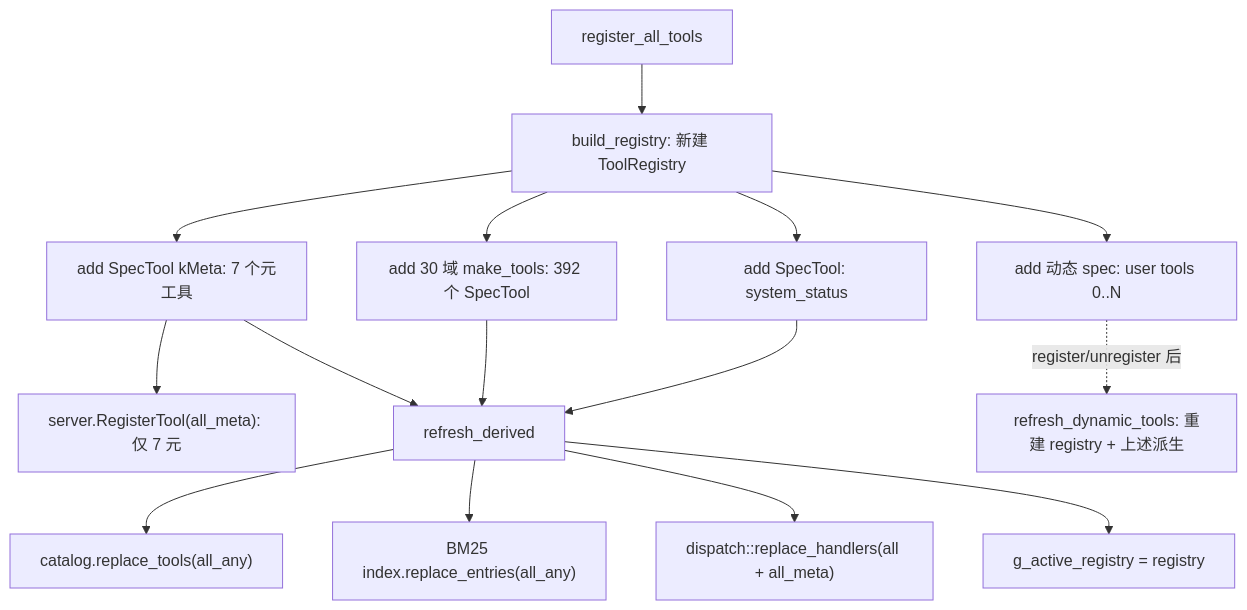
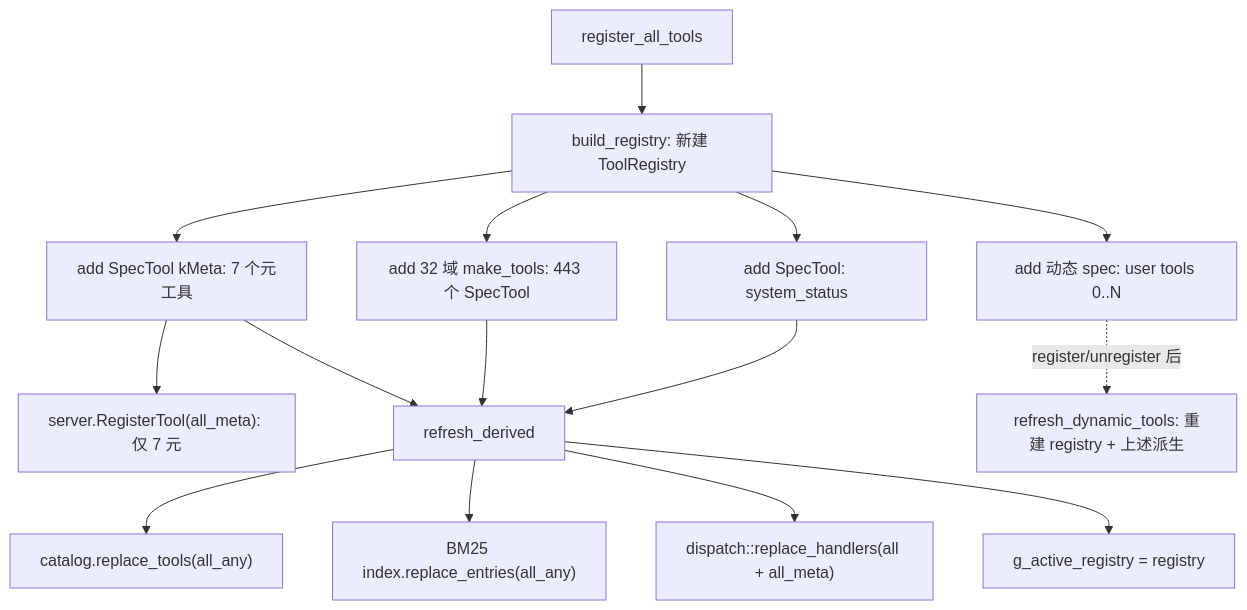
The diagram in docs/wiki/modules/tools_registry.md (jesspig/Godot-Autopilot), drawn with Mermaid before and after one commit. The commit also changed other lines of this file and 8 other files, not shown here.

````diff
--- a/docs/wiki/modules/tools_registry.md
+++ b/docs/wiki/modules/tools_registry.md
@@ -23,17 +23,17 @@
 ```mermaid
 flowchart TD
     A["register_all_tools"] --> B["build_registry: 新建 ToolRegistry"]
     B --> C["add SpecTool: system_status"]
-    B --> D["add 30 域 make_tools: 392 个 SpecTool"]
+    B --> D["add 32 域 make_tools: 443 个 SpecTool"]
     B --> E["add SpecTool kMeta: 7 个元工具"]
     B --> F["add 动态 spec: user tools 0..N"]
     E --> G["server.RegisterTool(all_meta): 仅 7 元"]
     C --> H["refresh_derived"]
     D --> H
     E --> H
     H --> I["catalog.replace_tools(all_any)"]
     H --> J["BM25 index.replace_entries(all_any)"]
     H --> K["dispatch::replace_handlers(all + all_meta)"]
     H --> L["g_active_registry = registry"]
     F -. "register/unregister 后" .-> M["refresh_dynamic_tools: 重建 registry + 上述派生"]
 ```
````
